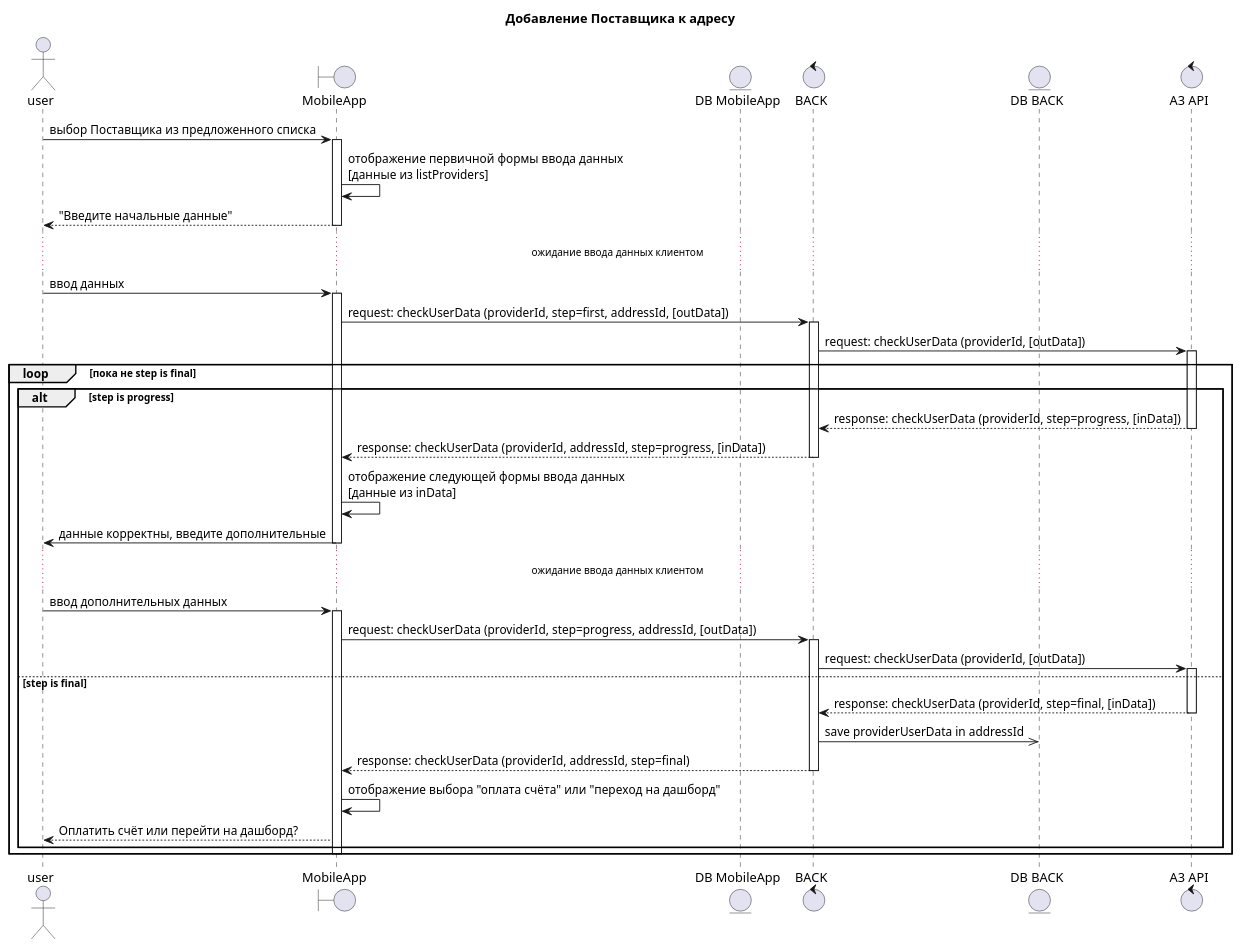
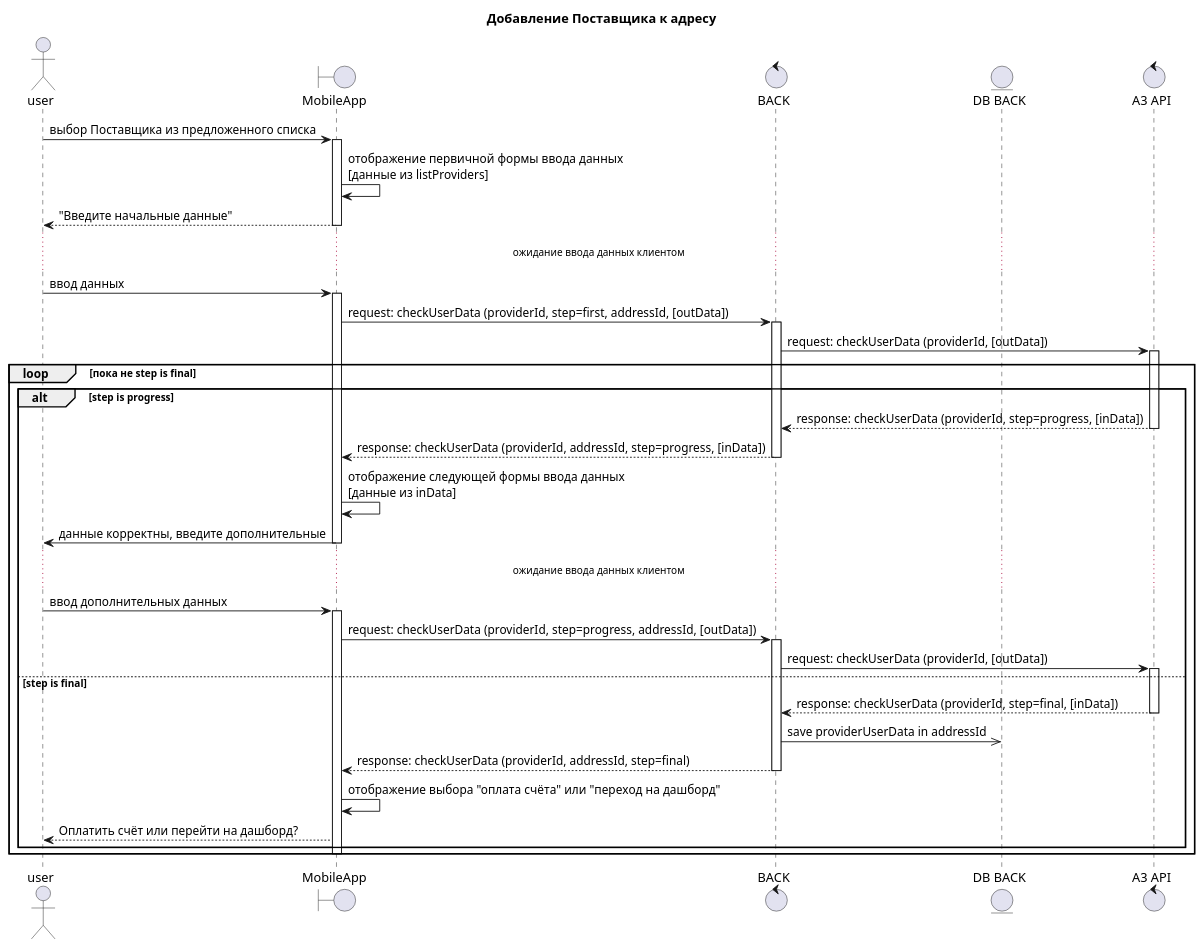
The diagram in Добавление Поставщика к адресу клиенту/ДобавлениеПоставщикаКАдресу.pu (ArtWh0/UML-Scheme), drawn with PlantUML before and after one commit. The commit also changed 15 other files, not shown here.

```diff
--- a/Добавление Поставщика к адресу клиенту/ДобавлениеПоставщикаКАдресу.pu
+++ b/Добавление Поставщика к адресу клиенту/ДобавлениеПоставщикаКАдресу.pu
@@ -1,58 +1,57 @@
 @startuml
 title "Добавление Поставщика к адресу"
 actor user
 boundary "MobileApp" as mobapp
-entity "DB MobileApp" as dbmob
 control "BACK" as back
 entity "DB BACK" as db
 control "A3 API" as a3
 ' сделать альтернативу с вводом данных в полях из выпадающего списка при нажатии на отдельного Поставщика
 
 user -> mobapp : выбор Поставщика из предложенного списка
 activate mobapp
     mobapp -> mobapp : отображение первичной формы ввода данных\n[данные из listProviders]
     mobapp --> user : "Введите начальные данные"
 deactivate mobapp
 
 ...ожидание ввода данных клиентом...
 
 user -> mobapp : ввод данных
 activate mobapp
     mobapp -> back : request: checkUserData (providerId, step=first, addressId, [outData])
     activate back
         back -> a3 : request: checkUserData (providerId, [outData])
         activate a3
 loop пока не step is final
 
 alt step is progress
             a3 --> back : response: checkUserData (providerId, step=progress, [inData])
         deactivate a3
         back --> mobapp : response: checkUserData (providerId, addressId, step=progress, [inData])
     deactivate back
     mobapp -> mobapp: отображение следующей формы ввода данных\n[данные из inData]
     mobapp -> user : данные корректны, введите дополнительные
 deactivate mobapp
 
 ...ожидание ввода данных клиентом...
 
 user -> mobapp : ввод дополнительных данных
 activate mobapp
     mobapp -> back : request: checkUserData (providerId, step=progress, addressId, [outData])
     activate back
         back -> a3 : request: checkUserData (providerId, [outData])
 
 else step is final
             activate a3
                 a3 --> back : response: checkUserData (providerId, step=final, [inData])
             deactivate a3
             back ->> db : save providerUserData in addressId
             back --> mobapp : response: checkUserData (providerId, addressId, step=final)
         deactivate back
     mobapp -> mobapp : отображение выбора "оплата счёта" или "переход на дашборд"
     mobapp --> user : Оплатить счёт или перейти на дашборд?
 end
 
 deactivate mobapp
 
 end
 @enduml
```
